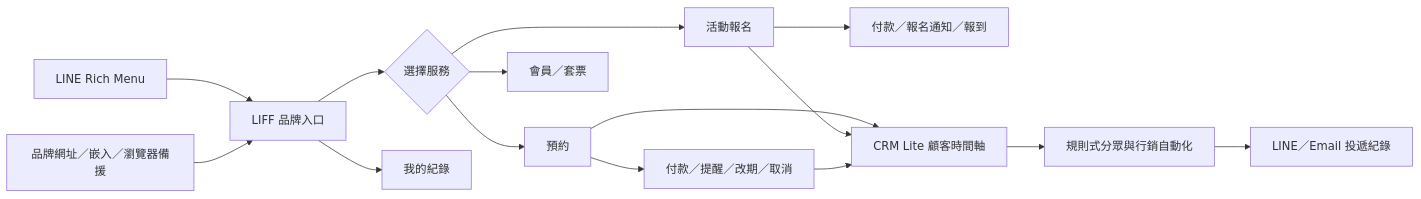
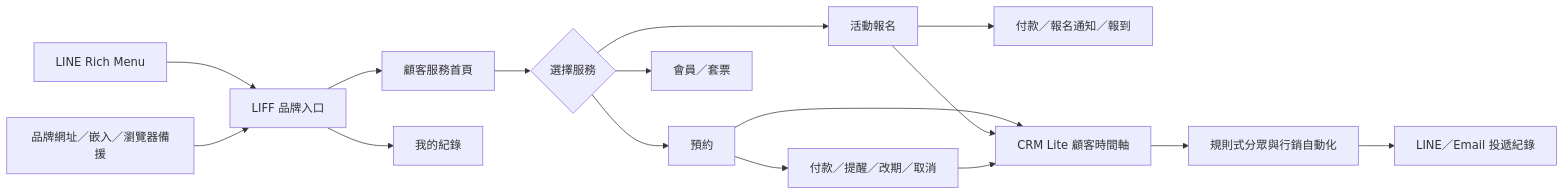
One commit to Jimmy-xinhow/Reservation-System changed the diagram in docs/product-optimization-acceptance.md. Above: the diagram before and after it, drawn with Mermaid. The commit also changed other lines of this file and 157 other files, not shown here.

````diff
--- a/docs/product-optimization-acceptance.md
+++ b/docs/product-optimization-acceptance.md
@@ -9,17 +10,18 @@
 ```mermaid
 flowchart LR
   A[LINE Rich Menu] --> B[LIFF 品牌入口]
   C[品牌網址／嵌入／瀏覽器備援] --> B
-  B --> D{選擇服務}
+  B --> N[顧客服務首頁]
+  N --> D{選擇服務}
   D --> E[預約]
   D --> F[活動報名]
   D --> G[會員／套票]
   B --> H[我的紀錄]
   E --> I[付款／提醒／改期／取消]
   F --> J[付款／報名通知／報到]
   E --> K[CRM Lite 顧客時間軸]
   F --> K
   I --> K
   K --> L[規則式分眾與行銷自動化]
   L --> M[LINE／Email 投遞紀錄]
 ```
````
